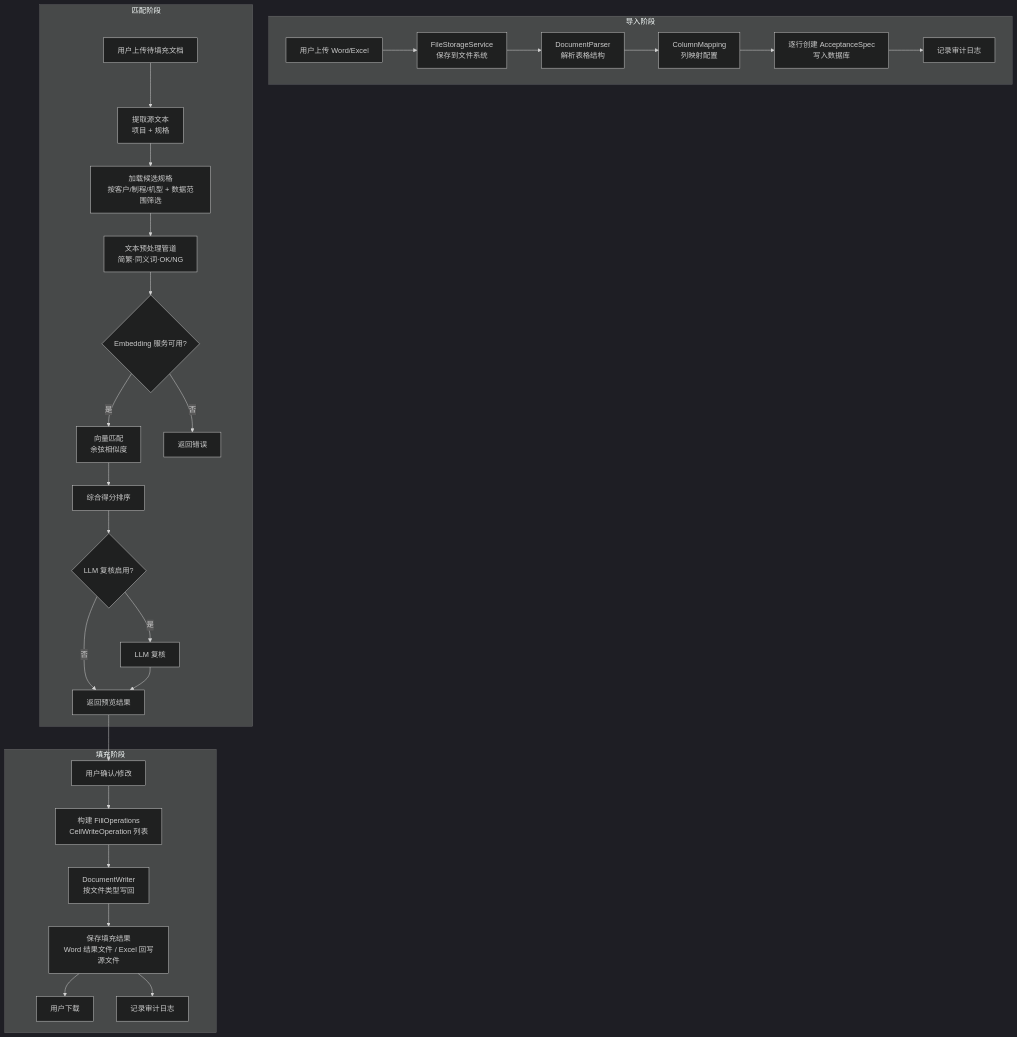
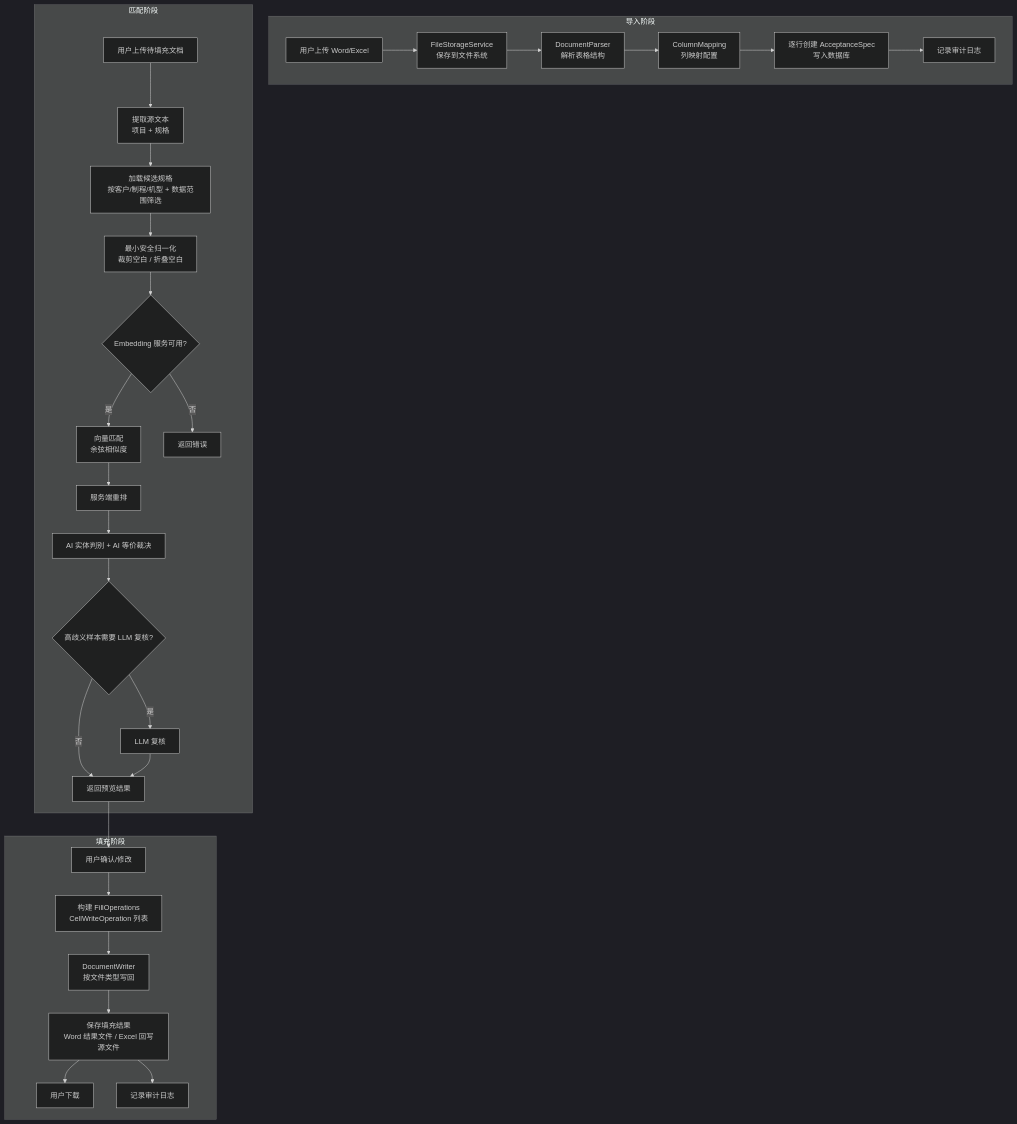
Diagram 28 of 28 in docs/design-overview.md (xiaocaiisxiaocai/AcceptanceSpecRecognition), drawn with Mermaid (dark theme) before and after one commit. The commit also changed other lines of this file and 255 other files, not shown here.

````diff
--- a/docs/design-overview.md
+++ b/docs/design-overview.md
@@ -1304,33 +1279,34 @@
 ```mermaid
 graph TB
     subgraph 导入阶段
         U1[用户上传 Word/Excel] --> UPLOAD[FileStorageService<br/>保存到文件系统]
         UPLOAD --> PARSE[DocumentParser<br/>解析表格结构]
         PARSE --> MAP[ColumnMapping<br/>列映射配置]
         MAP --> IMPORT[逐行创建 AcceptanceSpec<br/>写入数据库]
         IMPORT --> LOG1[记录审计日志]
     end
 
     subgraph 匹配阶段
         U2[用户上传待填充文档] --> EXTRACT[提取源文本<br/>项目 + 规格]
         EXTRACT --> CAND[加载候选规格<br/>按客户/制程/机型 + 数据范围筛选]
-        CAND --> PREPROC[文本预处理管道<br/>简繁·同义词·OK/NG]
+        CAND --> PREPROC[最小安全归一化<br/>裁剪空白 / 折叠空白]
         PREPROC --> EMBCHK{Embedding 服务可用?}
         EMBCHK -- 是 --> VEC[向量匹配<br/>余弦相似度]
-        VEC --> SCORE[综合得分排序]
-        SCORE --> LLM_OPT{LLM 复核启用?}
+        VEC --> SCORE[服务端重排]
+        SCORE --> AI_DECIDE[AI 实体判别 + AI 等价裁决]
+        AI_DECIDE --> LLM_OPT{高歧义样本需要 LLM 复核?}
         EMBCHK -- 否 --> ERR[返回错误]
         LLM_OPT -- 是 --> LLM_PROC[LLM 复核]
         LLM_OPT -- 否 --> PREVIEW
         LLM_PROC --> PREVIEW[返回预览结果]
     end
 
     subgraph 填充阶段
         PREVIEW --> CONFIRM[用户确认/修改]
         CONFIRM --> FILL_OPS[构建 FillOperations<br/>CellWriteOperation 列表]
         FILL_OPS --> WRITER[DocumentWriter<br/>按文件类型写回]
         WRITER --> SAVE[保存填充结果<br/>Word 结果文件 / Excel 回写源文件]
         SAVE --> DL[用户下载]
         SAVE --> LOG2[记录审计日志]
     end
 ```
````
